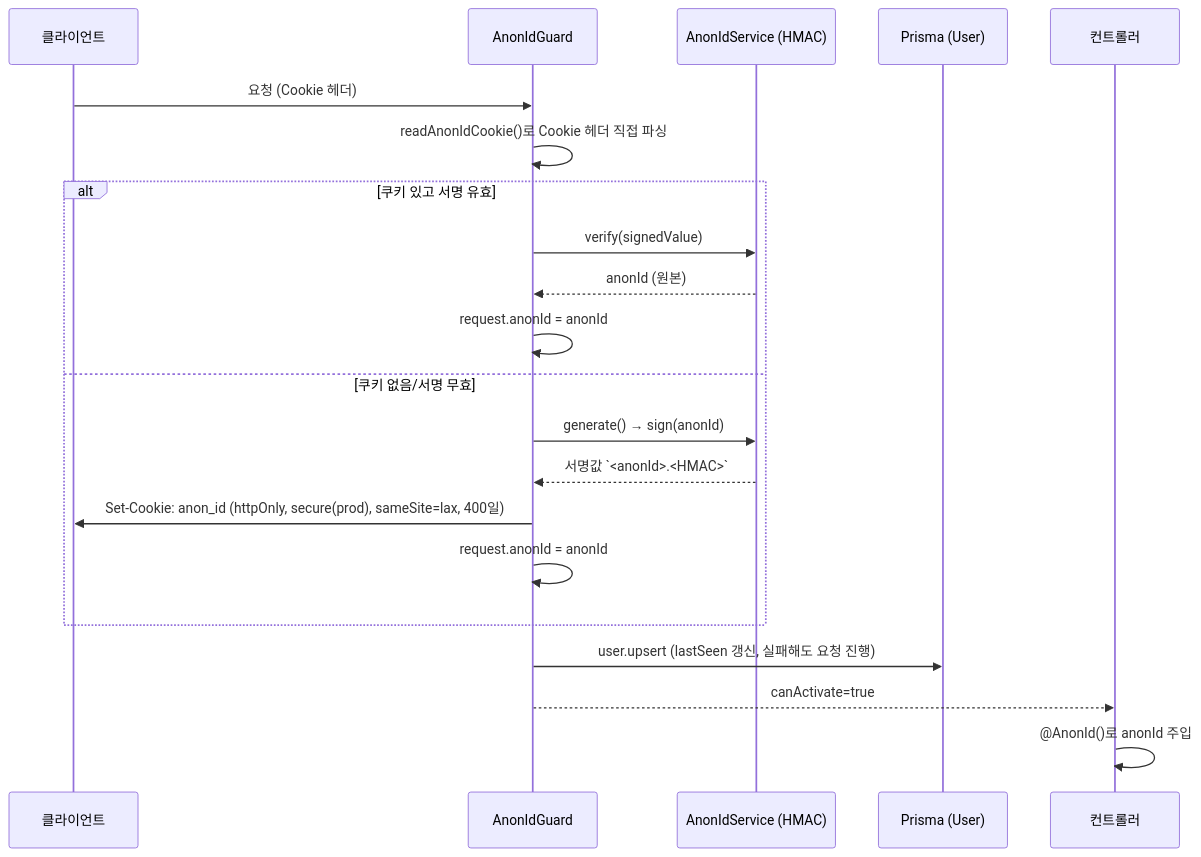
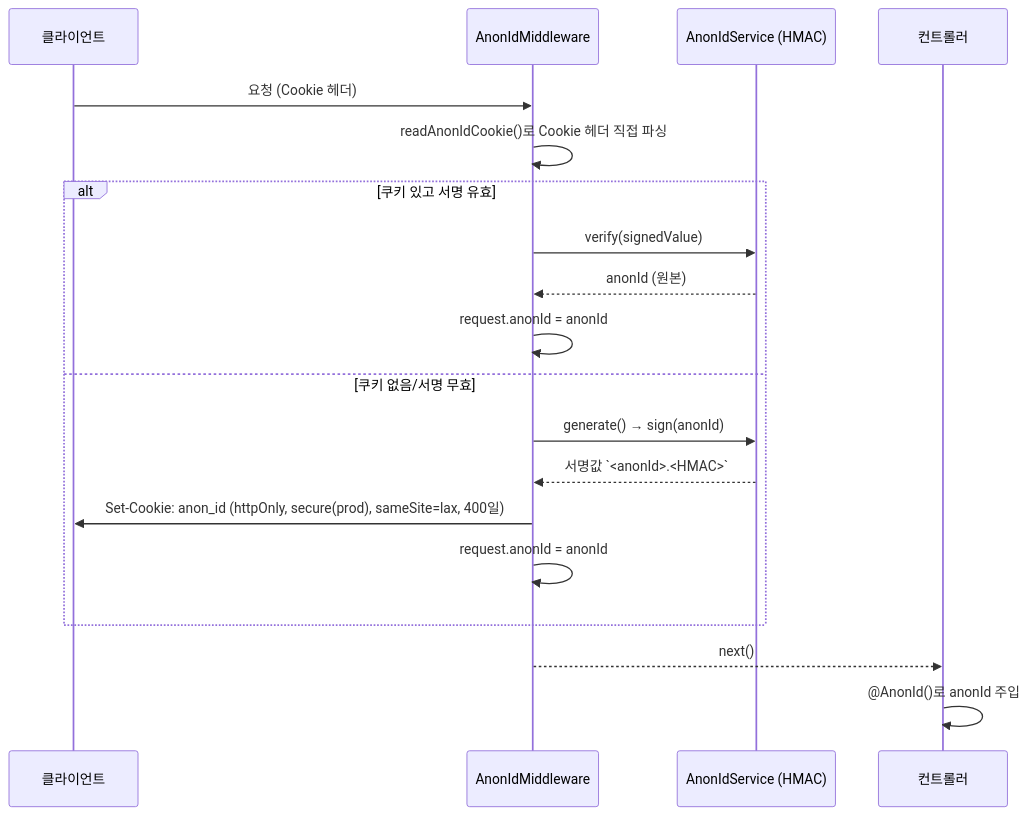
One commit to side-project01/haru-hana-backend changed the first of 4 diagrams in README.md. Above: the diagram before and after it, drawn with Mermaid. The commit also changed other lines of this file and 3 other files, not shown here.

````diff
--- a/README.md
+++ b/README.md
@@ -59,24 +60,22 @@
 ```mermaid
 sequenceDiagram
     participant C as 클라이언트
-    participant G as AnonIdGuard
+    participant M as AnonIdMiddleware
     participant S as AnonIdService (HMAC)
-    participant DB as Prisma (User)
     participant Ctrl as 컨트롤러
 
-    C->>G: 요청 (Cookie 헤더)
-    G->>G: readAnonIdCookie()로 Cookie 헤더 직접 파싱
+    C->>M: 요청 (Cookie 헤더)
+    M->>M: readAnonIdCookie()로 Cookie 헤더 직접 파싱
     alt 쿠키 있고 서명 유효
-        G->>S: verify(signedValue)
-        S-->>G: anonId (원본)
-        G->>G: request.anonId = anonId
+        M->>S: verify(signedValue)
+        S-->>M: anonId (원본)
+        M->>M: request.anonId = anonId
     else 쿠키 없음/서명 무효
-        G->>S: generate() → sign(anonId)
-        S-->>G: 서명값 `<anonId>.<HMAC>`
-        G->>C: Set-Cookie: anon_id (httpOnly, secure(prod), sameSite=lax, 400일)
-        G->>G: request.anonId = anonId
+        M->>S: generate() → sign(anonId)
+        S-->>M: 서명값 `<anonId>.<HMAC>`
+        M->>C: Set-Cookie: anon_id (httpOnly, secure(prod), sameSite=lax, 400일)
+        M->>M: request.anonId = anonId
     end
-    G->>DB: user.upsert (lastSeen 갱신, 실패해도 요청 진행)
-    G-->>Ctrl: canActivate=true
+    M-->>Ctrl: next()
     Ctrl->>Ctrl: @AnonId()로 anonId 주입
 ```
````
